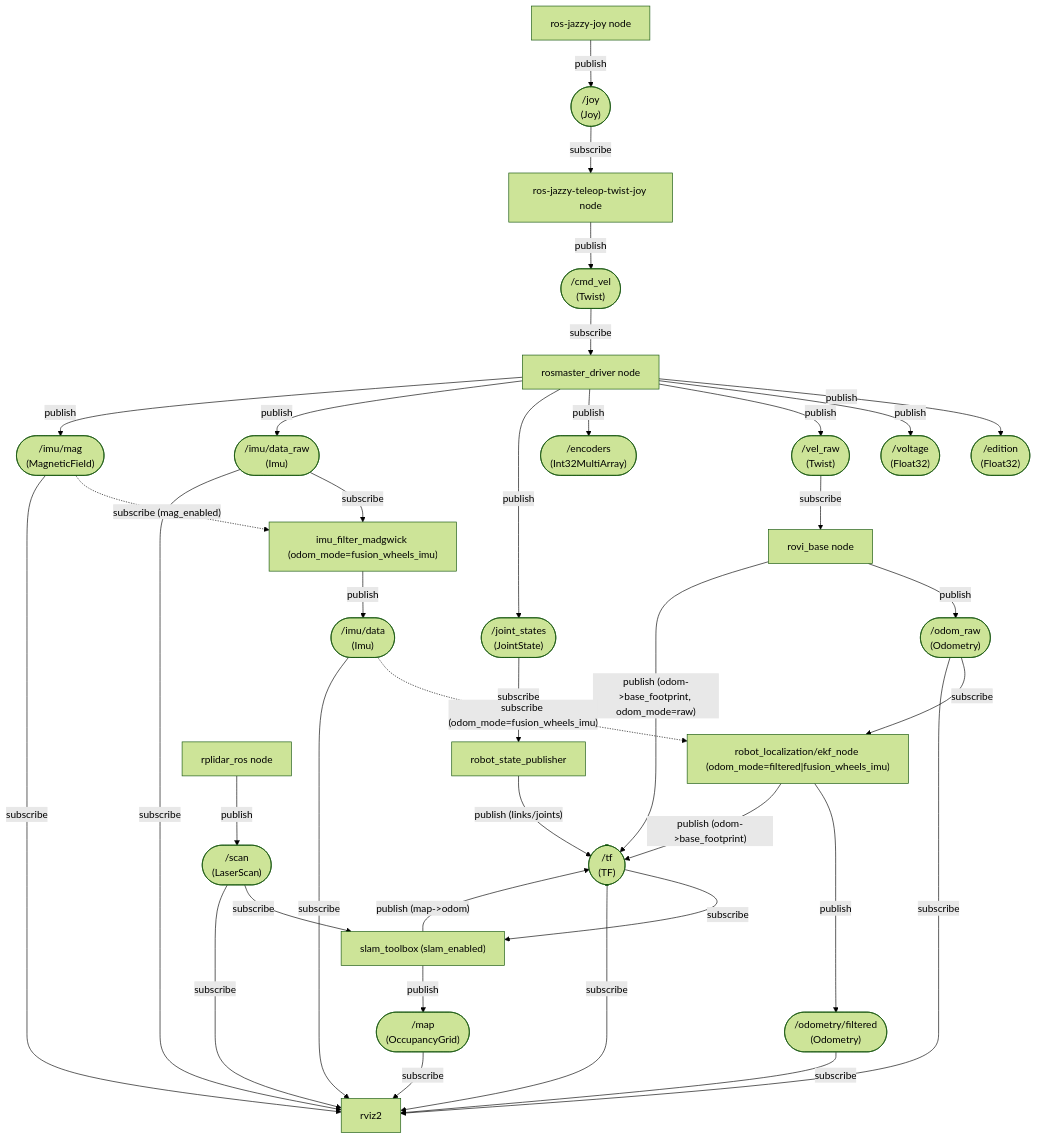
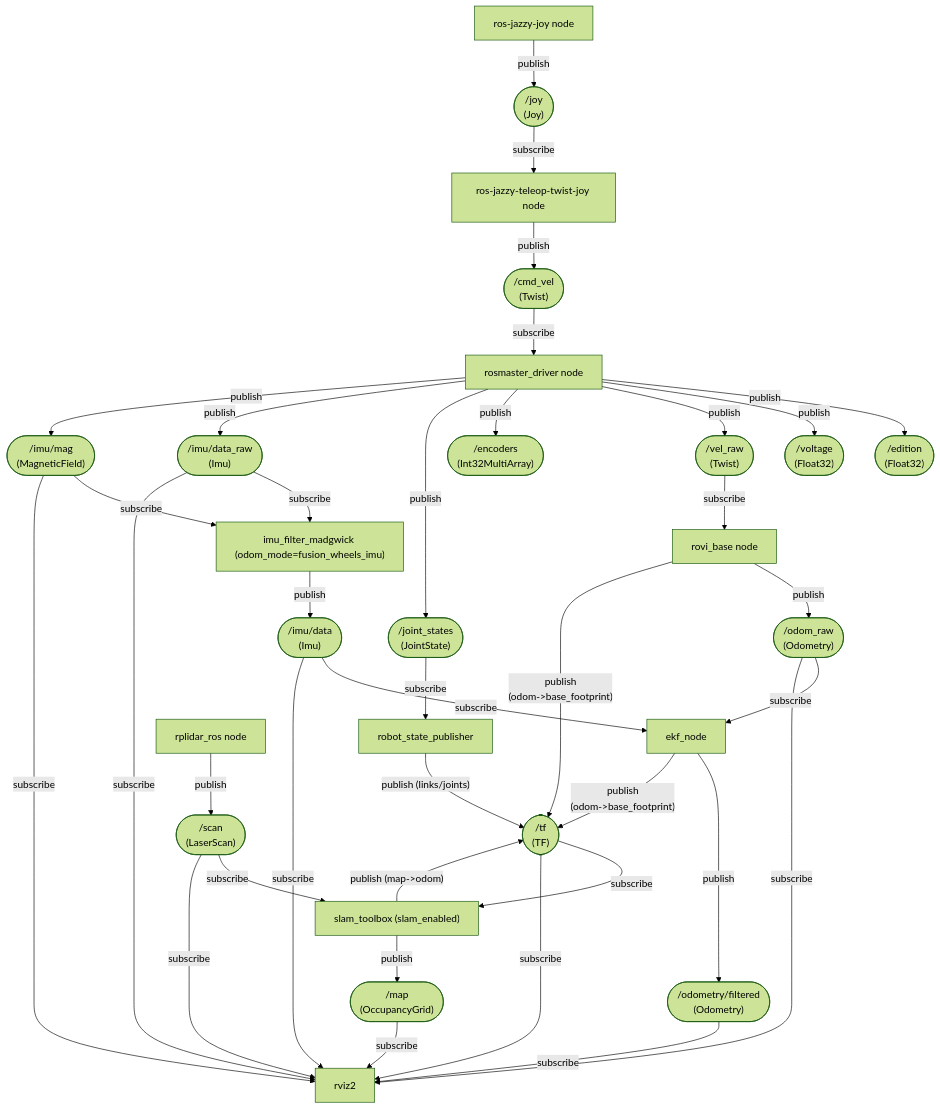
The first of 6 diagrams in README.md (Roblibs/rovi_ros_ws), drawn with Mermaid (forest theme) before and after one commit. The commit also changed other lines of this file, not shown here.

````diff
--- a/README.md
+++ b/README.md
@@ -115,75 +115,75 @@
 ```mermaid
 flowchart TD
   Rosmaster[rosmaster_driver node]
 
   Joystick["ros-jazzy-joy node"]
   JOY(["/joy<br/>(Joy)"])
   Joystick -->|publish| JOY
 
   RoviJoy["ros-jazzy-teleop-twist-joy node"]
   JOY -->|subscribe| RoviJoy
   CMD(["/cmd_vel<br/>(Twist)"])
   RoviJoy -->|publish| CMD
 
   CMD -->|subscribe| Rosmaster
   EDT(["/edition<br/>(Float32)"])
   VOL(["/voltage<br/>(Float32)"])
   VRAW(["/vel_raw<br/>(Twist)"])
   JSTATE(["/joint_states<br/>(JointState)"])
   ENC(["/encoders<br/>(Int32MultiArray)"])
   IMU_RAW(["/imu/data_raw<br/>(Imu)"])
   MAG(["/imu/mag<br/>(MagneticField)"])
   Rosmaster -->|publish| EDT
   Rosmaster -->|publish| VOL
   Rosmaster -->|publish| VRAW
   Rosmaster -->|publish| ENC
   Rosmaster -->|publish| JSTATE
   Rosmaster -->|publish| IMU_RAW
   Rosmaster -->|publish| MAG
 
   RoviBase["rovi_base node"]
   VRAW -->|subscribe| RoviBase
   ODRAW(["/odom_raw<br/>(Odometry)"])
   TF(["/tf<br/>(TF)"])
   RoviBase -->|publish| ODRAW
-  RoviBase -->|"publish (odom->base_footprint, odom_mode=raw)"| TF
+  RoviBase -->|"publish<br/>(odom->base_footprint)"| TF
 
   ImuFilter["imu_filter_madgwick (odom_mode=fusion_wheels_imu)"]
   IMU_RAW -->|subscribe| ImuFilter
-  MAG -.->|"subscribe (mag_enabled)"| ImuFilter
+  MAG -->|subscribe| ImuFilter
   IMU(["/imu/data<br/>(Imu)"])
   ImuFilter -->|publish| IMU
 
-  EKF["robot_localization/ekf_node (odom_mode=filtered|fusion_wheels_imu)"]
+  EKF[ekf_node]
   ODRAW -->|subscribe| EKF
-  IMU -.->|"subscribe (odom_mode=fusion_wheels_imu)"| EKF
+  IMU -->|subscribe| EKF
   ODOMF(["/odometry/filtered<br/>(Odometry)"])
   EKF -->|publish| ODOMF
-  EKF -->|"publish (odom->base_footprint)"| TF
+  EKF -->|"publish<br/>(odom->base_footprint)"| TF
 
 
   RSP["robot_state_publisher"]
   JSTATE -->|subscribe| RSP
   RSP -->|"publish (links/joints)"| TF
 
   RPLidar["rplidar_ros node"]
   SCAN(["/scan<br/>(LaserScan)"])
   RPLidar -->|publish| SCAN
 
   Slam["slam_toolbox (slam_enabled)"]
   SCAN -->|subscribe| Slam
   TF -->|subscribe| Slam
   MAP(["/map<br/>(OccupancyGrid)"])
   Slam -->|publish| MAP
   Slam -->|"publish (map->odom)"| TF
 
   RVIZ["rviz2"]
   TF -->|subscribe| RVIZ
   ODRAW -->|subscribe| RVIZ
   ODOMF -->|subscribe| RVIZ
   IMU_RAW -->|subscribe| RVIZ
   IMU -->|subscribe| RVIZ
   MAG -->|subscribe| RVIZ
   SCAN -->|subscribe| RVIZ
   MAP -->|subscribe| RVIZ
 ```
````
